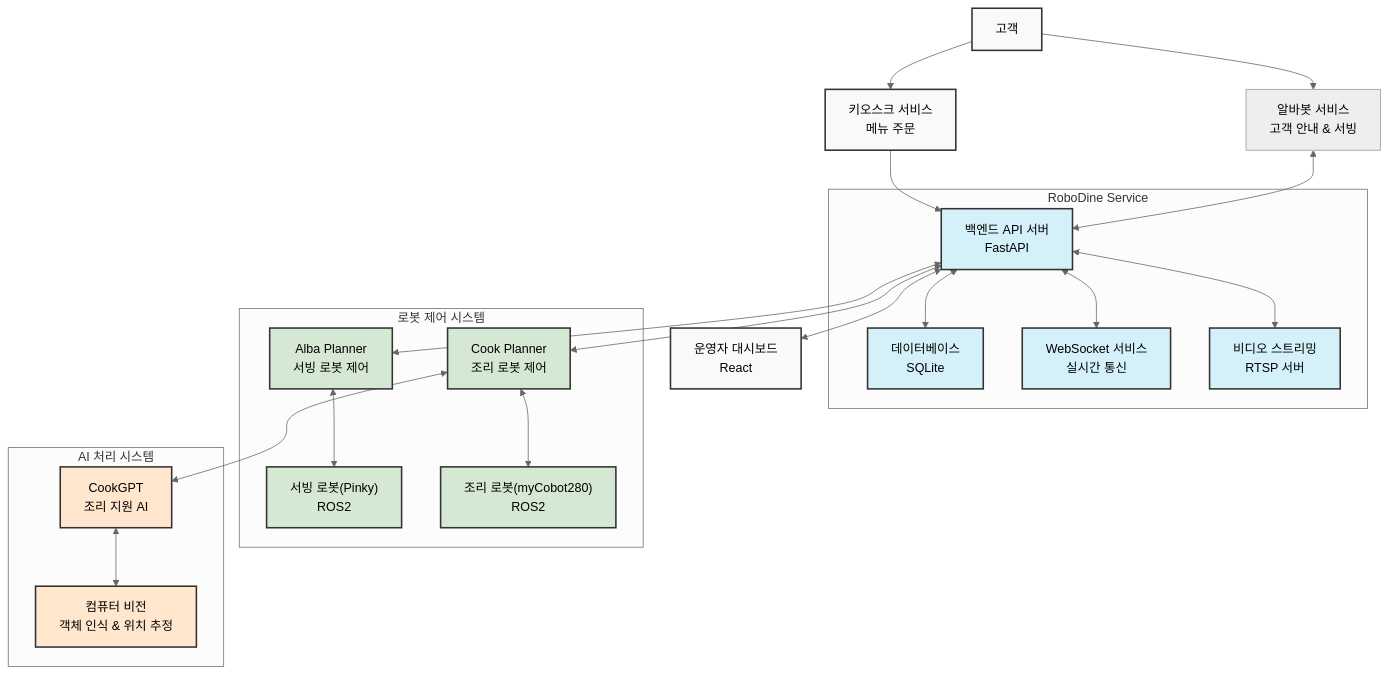
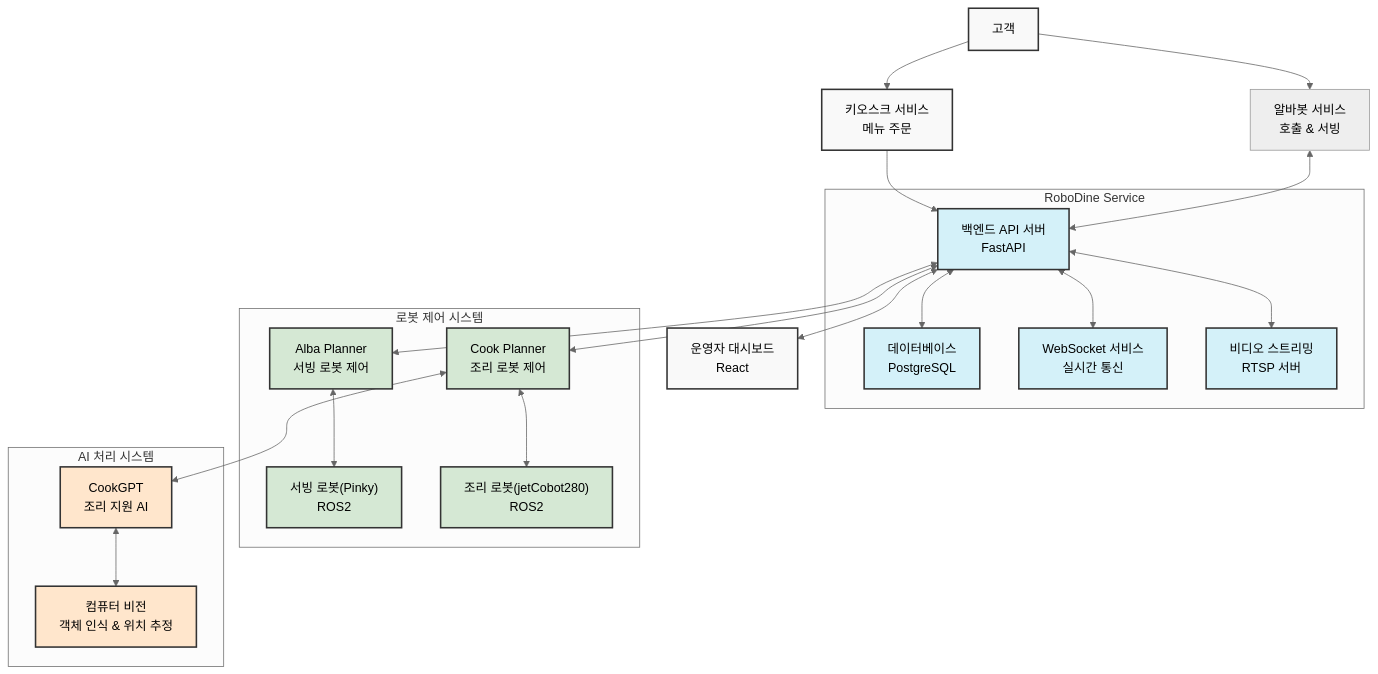
Before and after one commit to addinedu-roscamp-4th/roscamp-repo-2: the diagram in docs/architecture.md, drawn with Mermaid (neutral theme).

````diff
--- a/docs/architecture.md
+++ b/docs/architecture.md
@@ -9,37 +9,37 @@
 ```mermaid
 graph TB
-    A[고객] --> B[알바봇 서비스<br>고객 안내 & 서빙]
+    A[고객] --> B[알바봇 서비스<br>호출 & 서빙]
     A --> C[키오스크 서비스<br>메뉴 주문]
     
     subgraph "RoboDine Service"
-        D[백엔드 API 서버<br>FastAPI] <--> E[데이터베이스<br>SQLite]
+        D[백엔드 API 서버<br>FastAPI] <--> E[데이터베이스<br>PostgreSQL]
         D <--> F[WebSocket 서비스<br>실시간 통신]
         D <--> G[비디오 스트리밍<br>RTSP 서버]
     end
     
     subgraph "로봇 제어 시스템"
         H[Alba Planner<br>서빙 로봇 제어] <--> I["서빙 로봇(Pinky)<br>ROS2"]
-        J[Cook Planner<br>조리 로봇 제어] <--> K["조리 로봇(myCobot280)<br>ROS2"]
+        J[Cook Planner<br>조리 로봇 제어] <--> K["조리 로봇(jetCobot280)<br>ROS2"]
     end
     
     subgraph "AI 처리 시스템"
         L[CookGPT<br>조리 지원 AI] <--> M[컴퓨터 비전<br>객체 인식 & 위치 추정]
     end
     
     C --> D
     B <--> D
     D <--> H
     D <--> J
     D <--> N[운영자 대시보드<br>React]
     J <--> L
     
     class A,C,N emphasis
     class D,E,F,G core
     class H,I,J,K robots
     class L,M ai
     
     classDef emphasis fill:#f9f9f9,stroke:#333,stroke-width:2px
     classDef core fill:#d4f1f9,stroke:#333,stroke-width:2px
     classDef robots fill:#d5e8d4,stroke:#333,stroke-width:2px
     classDef ai fill:#ffe6cc,stroke:#333,stroke-width:2px
 ```
````
